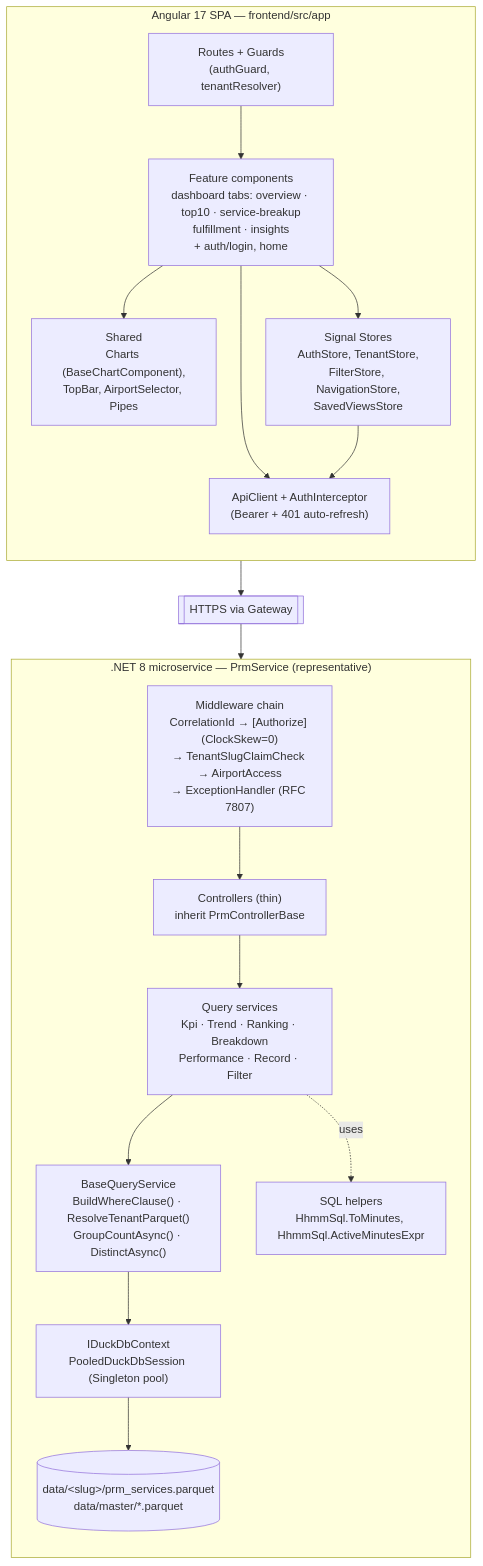
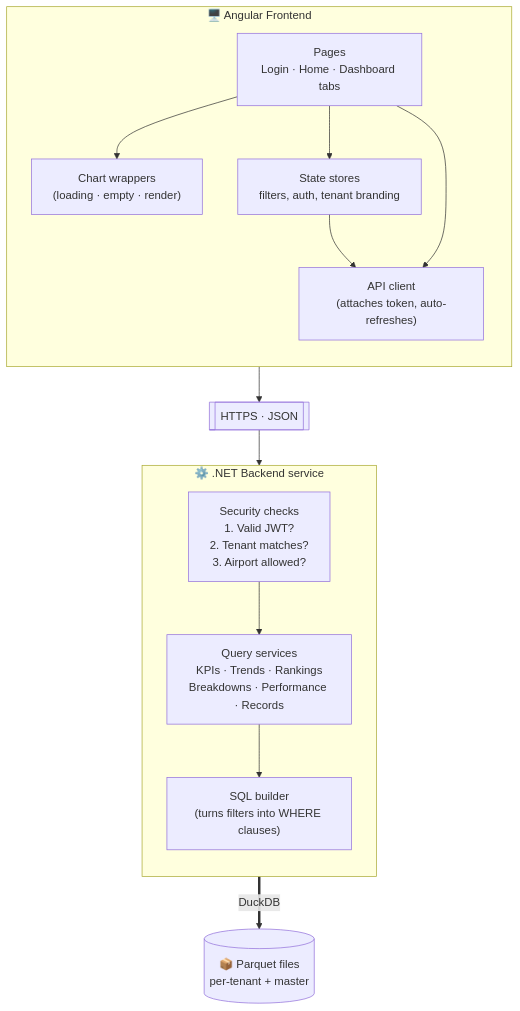
Before and after one commit to cosmo666/prm-dashboard: the third of 6 diagrams in README.md, drawn with Mermaid. The commit also changed other lines of this file and 3 other files, not shown here.

````diff
--- a/README.md
+++ b/README.md
@@ -62,39 +81,32 @@
 ```mermaid
 flowchart TB
-    subgraph Frontend["Angular 17 SPA — frontend/src/app"]
+    subgraph Frontend["🖥️ Angular Frontend"]
         direction TB
-        FE_Routes["Routes + Guards<br/>(authGuard, tenantResolver)"]
-        FE_Features["Feature components<br/>dashboard tabs: overview · top10 · service-breakup<br/>fulfillment · insights<br/>+ auth/login, home"]
-        FE_Shared["Shared<br/>Charts (BaseChartComponent),<br/>TopBar, AirportSelector, Pipes"]
-        FE_Stores["Signal Stores<br/>AuthStore, TenantStore,<br/>FilterStore, NavigationStore,<br/>SavedViewsStore"]
-        FE_Api["ApiClient + AuthInterceptor<br/>(Bearer + 401 auto-refresh)"]
+        FE_Pages["Pages<br/>Login · Home · Dashboard tabs"]
+        FE_State["State stores<br/>filters, auth, tenant branding"]
+        FE_Charts["Chart wrappers<br/>(loading · empty · render)"]
+        FE_API["API client<br/>(attaches token, auto-refreshes)"]
 
-        FE_Routes --> FE_Features
-        FE_Features --> FE_Shared
-        FE_Features --> FE_Stores
-        FE_Features --> FE_Api
-        FE_Stores --> FE_Api
+        FE_Pages --> FE_Charts
+        FE_Pages --> FE_State
+        FE_State --> FE_API
+        FE_Pages --> FE_API
     end
 
-    Wire[["HTTPS via Gateway"]]
+    Wire[["HTTPS · JSON"]]
 
-    subgraph Backend[".NET 8 microservice — PrmService (representative)"]
+    subgraph Backend["⚙️ .NET Backend service"]
         direction TB
-        BE_Middleware["Middleware chain<br/>CorrelationId → [Authorize] (ClockSkew=0)<br/>→ TenantSlugClaimCheck → AirportAccess<br/>→ ExceptionHandler (RFC 7807)"]
-        BE_Controllers["Controllers (thin)<br/>inherit PrmControllerBase"]
-        BE_Services["Query services<br/>Kpi · Trend · Ranking · Breakdown<br/>Performance · Record · Filter"]
-        BE_Base["BaseQueryService<br/>BuildWhereClause() · ResolveTenantParquet()<br/>GroupCountAsync() · DistinctAsync()"]
-        BE_Helpers["SQL helpers<br/>HhmmSql.ToMinutes, HhmmSql.ActiveMinutesExpr"]
-        BE_Duck["IDuckDbContext<br/>PooledDuckDbSession (Singleton pool)"]
-        BE_Store[("data/&lt;slug&gt;/prm_services.parquet<br/>data/master/*.parquet")]
+        BE_Guard["Security checks<br/>1. Valid JWT?<br/>2. Tenant matches?<br/>3. Airport allowed?"]
+        BE_Logic["Query services<br/>KPIs · Trends · Rankings<br/>Breakdowns · Performance · Records"]
+        BE_SQL["SQL builder<br/>(turns filters into WHERE clauses)"]
 
-        BE_Middleware --> BE_Controllers
-        BE_Controllers --> BE_Services
-        BE_Services --> BE_Base
-        BE_Services -.uses.-> BE_Helpers
-        BE_Base --> BE_Duck
-        BE_Duck --> BE_Store
+        BE_Guard --> BE_Logic
+        BE_Logic --> BE_SQL
     end
 
+    Data[("📦 Parquet files<br/>per-tenant + master")]
+
     Frontend --> Wire --> Backend
+    BE_SQL ==>|DuckDB| Data
 ```
````
